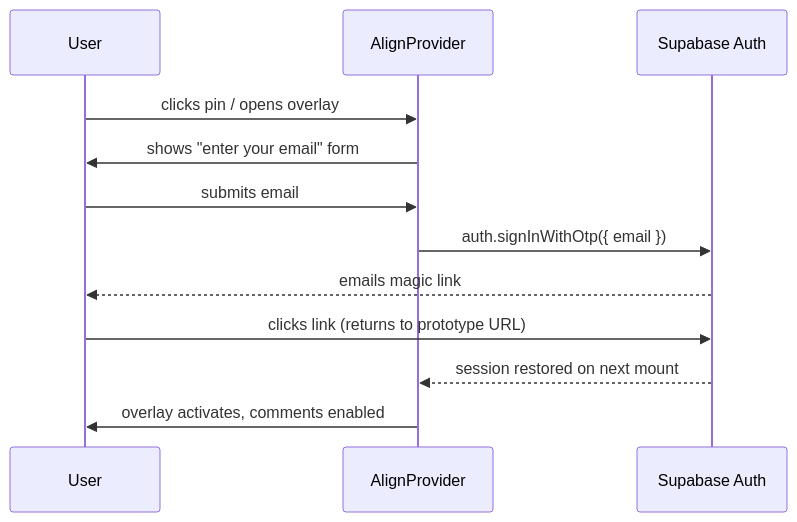
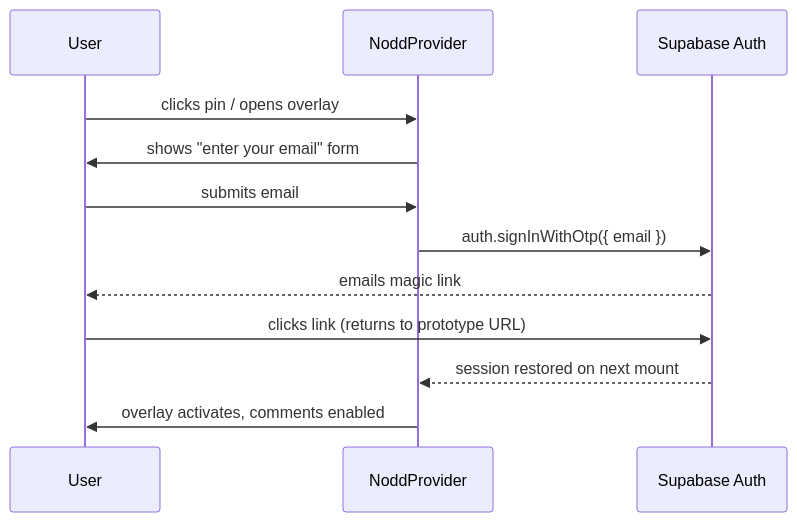
One commit to vadim-lobodin/nodd changed the second of 2 diagrams in DESIGN_DOC.md. Above: the diagram before and after it, drawn with Mermaid. The commit also changed other lines of this file and 40 other files, not shown here.

First line of the commit message:
Rename project from Align to Nodd

````diff
--- a/DESIGN_DOC.md
+++ b/DESIGN_DOC.md
@@ -131,14 +131,14 @@
 ```mermaid
 sequenceDiagram
   participant U as User
-  participant A as AlignProvider
+  participant A as NoddProvider
   participant SB as Supabase Auth
   U->>A: clicks pin / opens overlay
   A->>U: shows "enter your email" form
   U->>A: submits email
   A->>SB: auth.signInWithOtp({ email })
   SB-->>U: emails magic link
   U->>SB: clicks link (returns to prototype URL)
   SB-->>A: session restored on next mount
   A->>U: overlay activates, comments enabled
 ```
````
